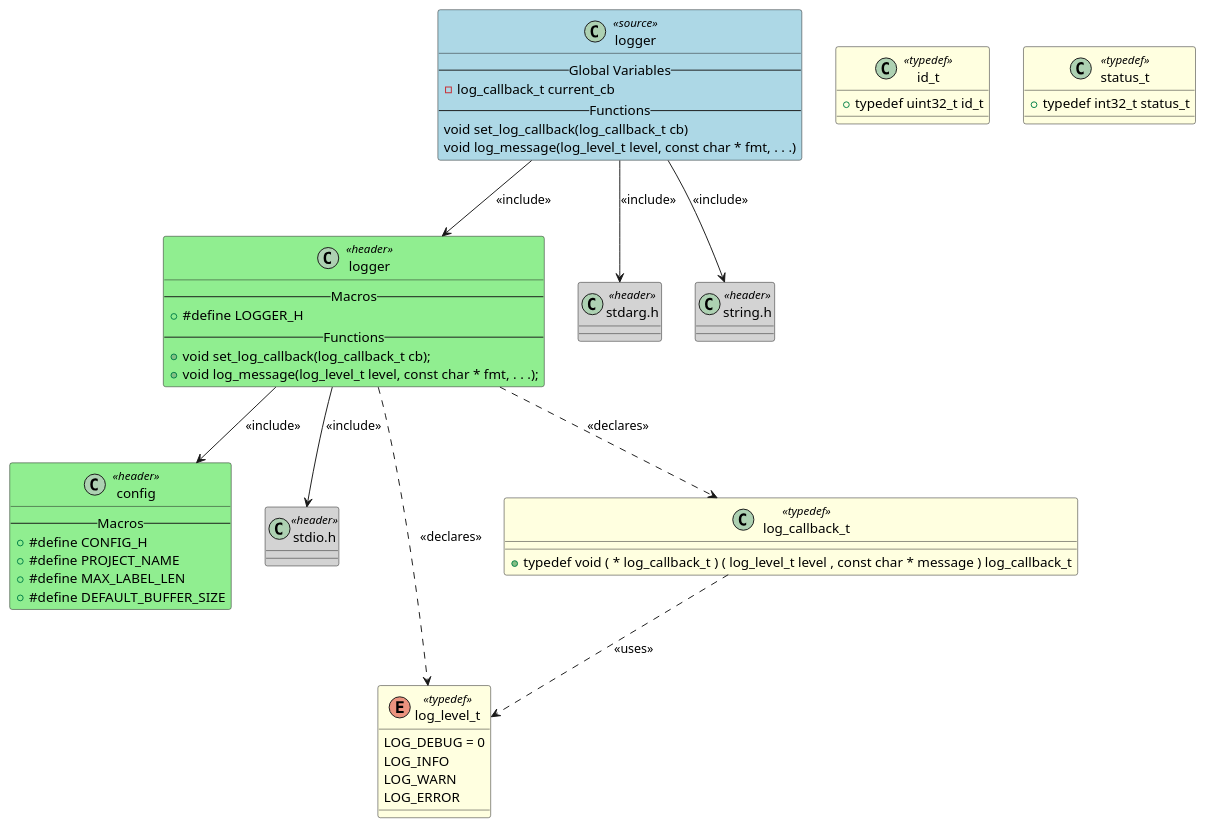
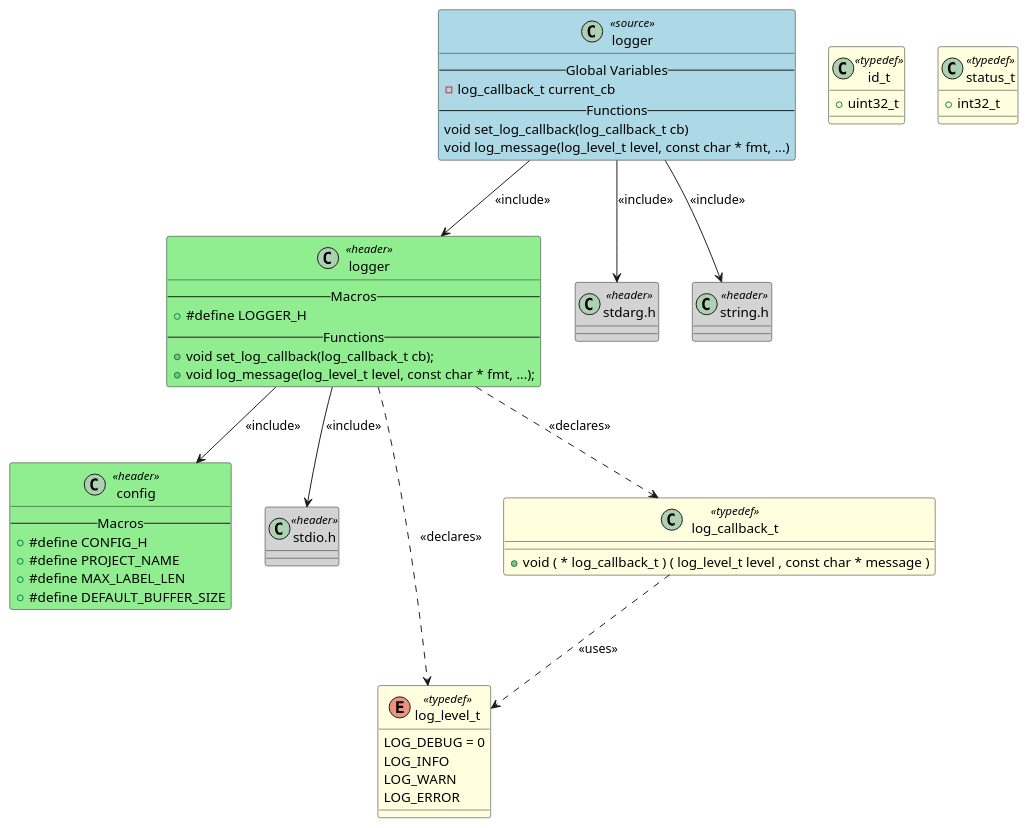
Before and after one commit to fischerjooo/c2puml: the diagram in output/logger.puml, drawn with PlantUML. The commit also changed 30 other files, not shown here.

```diff
--- a/output/logger.puml
+++ b/output/logger.puml
@@ -1,72 +1,72 @@
 @startuml logger
 
 class "logger" as LOGGER <<source>> #LightBlue
 {
-    -- Global Variables --
-    - log_callback_t current_cb
-    -- Functions --
-    void set_log_callback(log_callback_t cb)
-    void log_message(log_level_t level, const char * fmt, . . .)
+-- Global Variables --
+- log_callback_t current_cb
+-- Functions --
+void set_log_callback(log_callback_t cb)
+void log_message(log_level_t level, const char * fmt, ...)
 }
 
 class "logger" as HEADER_LOGGER <<header>> #LightGreen
 {
-    -- Macros --
-    + #define LOGGER_H
-    -- Functions --
-    + void set_log_callback(log_callback_t cb);
-    + void log_message(log_level_t level, const char * fmt, . . .);
+-- Macros --
++ #define LOGGER_H
+-- Functions --
++ void set_log_callback(log_callback_t cb);
++ void log_message(log_level_t level, const char * fmt, ...);
 }
 class "stdarg.h" as HEADER_STDARG <<header>> #LightGray
 {
 }
 
 class "string.h" as HEADER_STRING <<header>> #LightGray
 {
 }
 
 class "config" as HEADER_CONFIG <<header>> #LightGreen
 {
-    -- Macros --
-    + #define CONFIG_H
-    + #define PROJECT_NAME
-    + #define MAX_LABEL_LEN
-    + #define DEFAULT_BUFFER_SIZE
+-- Macros --
++ #define CONFIG_H
++ #define PROJECT_NAME
++ #define MAX_LABEL_LEN
++ #define DEFAULT_BUFFER_SIZE
 }
 class "stdio.h" as HEADER_STDIO <<header>> #LightGray
 {
 }
 
-enum "log_level_t" as TYPEDEF_LOG_LEVEL_T <<typedef>> #LightYellow
+enum "log_level_t" as TYPEDEF_log_level_t <<typedef>> #LightYellow
 {
-    LOG_DEBUG = 0
-    LOG_INFO
-    LOG_WARN
-    LOG_ERROR
+LOG_DEBUG = 0
+LOG_INFO
+LOG_WARN
+LOG_ERROR
 }
 
-class "log_callback_t" as TYPEDEF_LOG_CALLBACK_T <<typedef>> #LightYellow
+class "log_callback_t" as TYPEDEF_log_callback_t <<typedef>> #LightYellow
 {
-    + typedef void ( * log_callback_t ) ( log_level_t level , const char * message ) log_callback_t
++ void ( * log_callback_t ) ( log_level_t level , const char * message )
 }
 
-class "id_t" as TYPEDEF_ID_T <<typedef>> #LightYellow
+class "id_t" as TYPEDEF_id_t <<typedef>> #LightYellow
 {
-    + typedef uint32_t id_t
++ uint32_t
 }
 
-class "status_t" as TYPEDEF_STATUS_T <<typedef>> #LightYellow
+class "status_t" as TYPEDEF_status_t <<typedef>> #LightYellow
 {
-    + typedef int32_t status_t
++ int32_t
 }
 
 LOGGER --> HEADER_LOGGER : <<include>>
 LOGGER --> HEADER_STDARG : <<include>>
 LOGGER --> HEADER_STRING : <<include>>
 HEADER_LOGGER --> HEADER_STDIO : <<include>>
 HEADER_LOGGER --> HEADER_CONFIG : <<include>>
-TYPEDEF_LOG_CALLBACK_T ..> TYPEDEF_LOG_LEVEL_T : <<uses>>
-HEADER_LOGGER ..> TYPEDEF_LOG_LEVEL_T : <<declares>>
-HEADER_LOGGER ..> TYPEDEF_LOG_CALLBACK_T : <<declares>>
+HEADER_LOGGER ..> TYPEDEF_log_level_t : <<declares>>
+TYPEDEF_log_callback_t ..> TYPEDEF_log_level_t : <<uses>>
+HEADER_LOGGER ..> TYPEDEF_log_callback_t : <<declares>>
 
 @enduml
```
